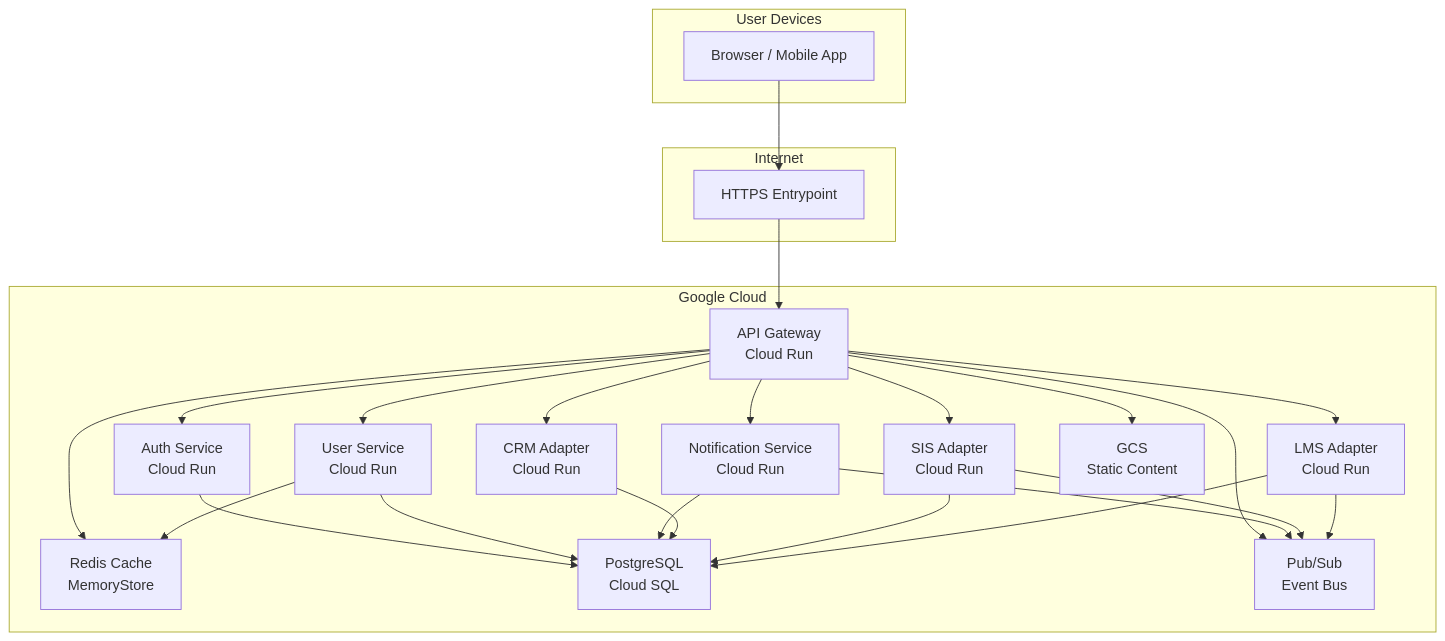
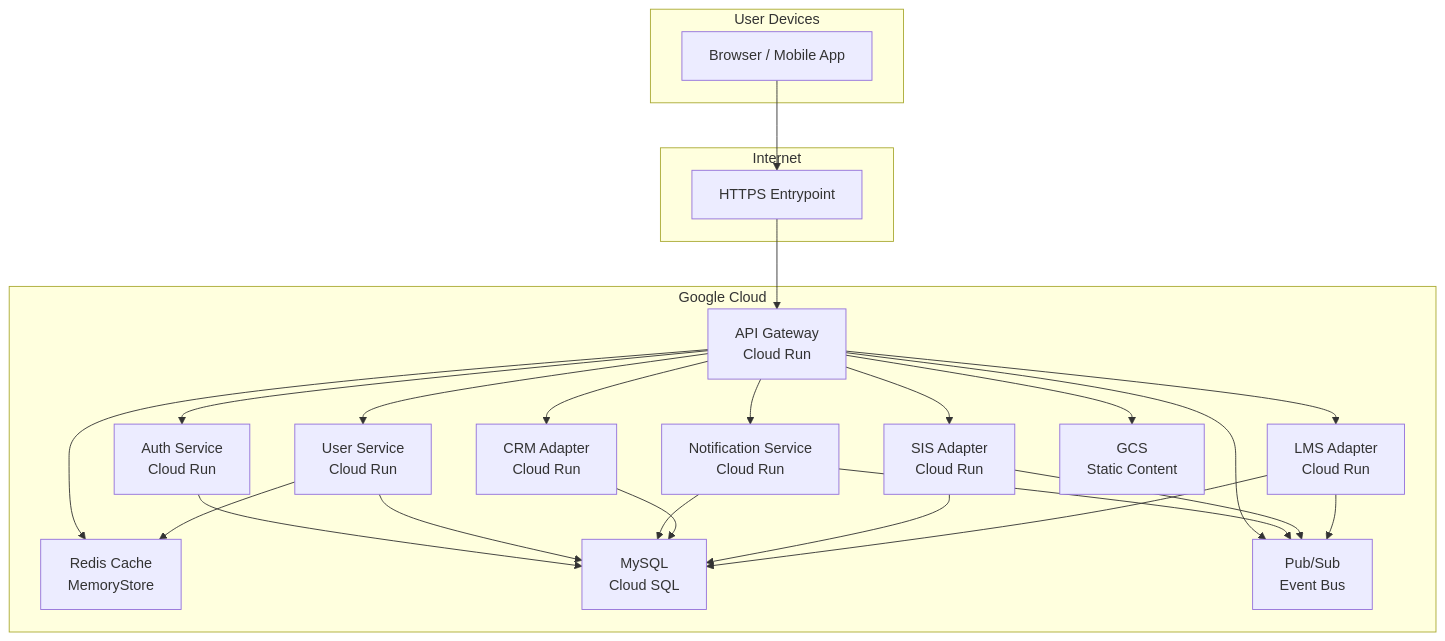
The eighth of 8 diagrams in docs/architecture/system-diagrams.md (rockymountain/dx-vas), drawn with Mermaid before and after one commit. The commit also changed other lines of this file, not shown here.

Commit message:
change PostgreSQL to MySQL

````diff
--- a/docs/architecture/system-diagrams.md
+++ b/docs/architecture/system-diagrams.md
@@ -416,48 +416,48 @@
 ```mermaid
 flowchart TD
   subgraph User Devices
     Browser[Browser / Mobile App]
   end
 
   subgraph Internet
     HTTPS[HTTPS Entrypoint]
   end
 
   subgraph Google Cloud
     Gateway[API Gateway<br>Cloud Run]
     Auth[Auth Service<br>Cloud Run]
     User[User Service<br>Cloud Run]
     Noti[Notification Service<br>Cloud Run]
     CRM[CRM Adapter<br>Cloud Run]
     SIS[SIS Adapter<br>Cloud Run]
     LMS[LMS Adapter<br>Cloud Run]
     Redis[Redis Cache<br>MemoryStore]
-    DB[PostgreSQL<br>Cloud SQL]
+    DB[MySQL<br>Cloud SQL]
     PubSub[Pub/Sub<br>Event Bus]
     Storage[GCS<br>Static Content]
   end
 
   Browser --> HTTPS --> Gateway
   Gateway --> Auth
   Gateway --> User
   Gateway --> Noti
   Gateway --> CRM
   Gateway --> SIS
   Gateway --> LMS
 
   Auth --> DB
   User --> DB
   Noti --> DB
   CRM --> DB
   SIS --> DB
   LMS --> DB
 
   Gateway --> Redis
   User --> Redis
   Gateway --> PubSub
   Noti --> PubSub
   SIS --> PubSub
   LMS --> PubSub
 
   Gateway --> Storage
 ```
````
